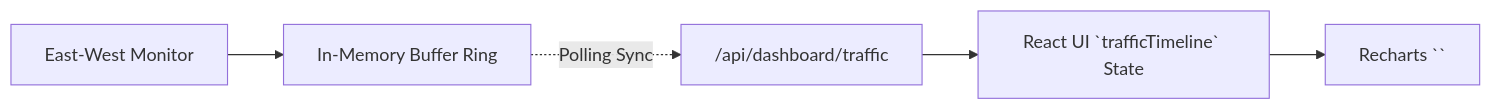
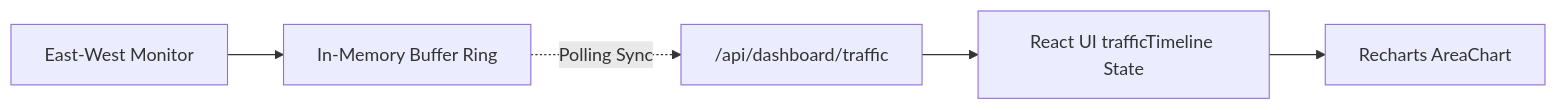
Before and after one commit to MrDecryptDecipher/Agent-Trust: diagram 21 of 30 in README.md, drawn with Mermaid. The commit also changed other lines of this file, not shown here.

Commit message:
Fix syntax errors across all 30 mermaid diagrams for GitHub markdown rendering

````diff
--- a/README.md
+++ b/README.md
@@ -302,7 +307,7 @@
 ```mermaid
 graph LR
     EW["East-West Monitor"] --> Q["In-Memory Buffer Ring"]
     Q -.->|"Polling Sync"| API["/api/dashboard/traffic"]
-    API --> UI["React UI `trafficTimeline` State"]
-    UI --> Chart["Recharts `<AreaChart>`"]
+    API --> UI["React UI trafficTimeline State"]
+    UI --> Chart["Recharts AreaChart"]
 ```
````
